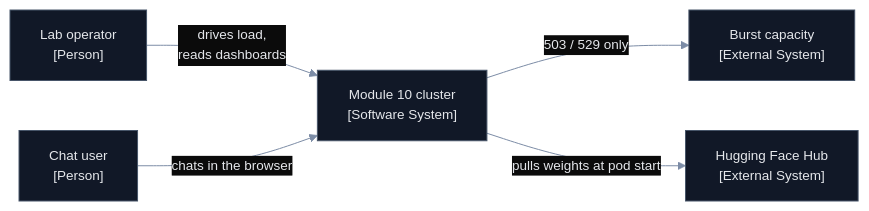
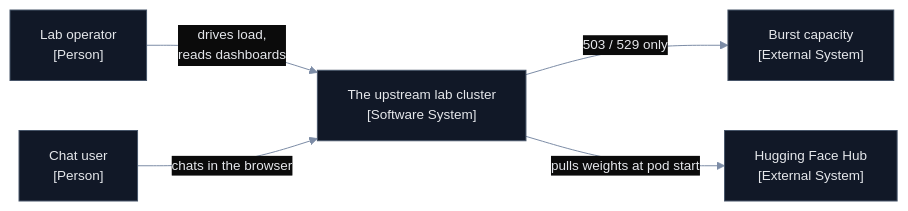
Before and after one commit to harshuljain13/Dodona: the first of 5 diagrams in docs/cluster/ARCHITECTURE.md, drawn with Mermaid. The commit also changed other lines of this file and 51 other files, not shown here.

````diff
--- a/docs/cluster/ARCHITECTURE.md
+++ b/docs/cluster/ARCHITECTURE.md
@@ -34,22 +34,22 @@
 ```mermaid
 %%{init: {'theme':'base','themeVariables':{
   'darkMode':true,'background':'#0B0B0B',
   'fontFamily':'Helvetica, Arial, sans-serif','fontSize':'13.5px',
   'primaryColor':'#111827','primaryTextColor':'#E5E7EB','primaryBorderColor':'#475569',
   'lineColor':'#7C8CA6','textColor':'#E5E7EB','titleColor':'#E5E7EB',
   'clusterBkg':'#0F1218','clusterBorder':'#263142','edgeLabelBackground':'#0B0B0B'
 }}}%%
 flowchart LR
     OPERATOR["Lab operator<br/>[Person]"]
     CHATTER["Chat user<br/>[Person]"]
 
-    SYS["Module 10 cluster<br/>[Software System]"]
+    SYS["The upstream lab cluster<br/>[Software System]"]
 
     BURST["Burst capacity<br/>[External System]"]
     HF["Hugging Face Hub<br/>[External System]"]
 
     OPERATOR -->|"drives load,<br/>reads dashboards"| SYS
     CHATTER -->|"chats in the browser"| SYS
     SYS -->|"503 / 529 only"| BURST
     SYS -->|"pulls weights at pod start"| HF
 ```
````
